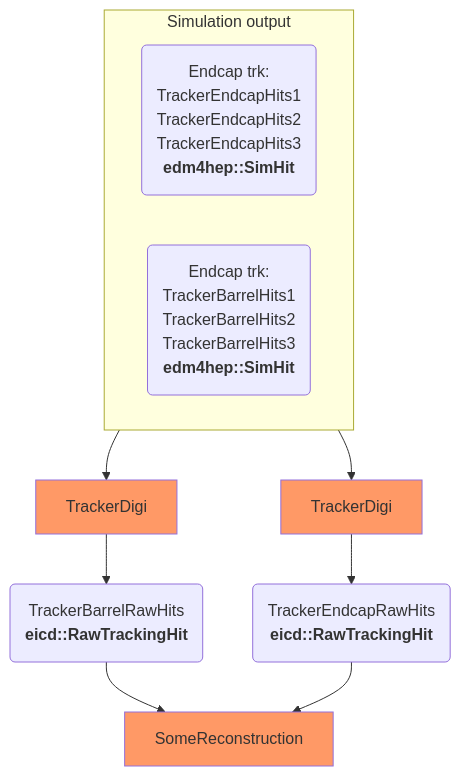
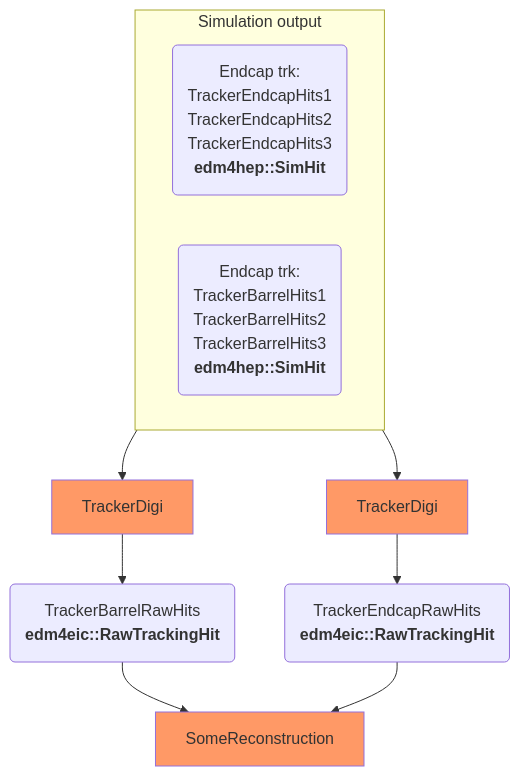
The first of 2 diagrams in src/extensions/jana/README.md (eic/EICrecon), drawn with Mermaid before and after one commit. The commit also changed other lines of this file and 39 other files, not shown here.

Commit message:
treewide: s/EICD/EDM4EIC/, s/eicd/edm4eic/

````diff
--- a/src/extensions/jana/README.md
+++ b/src/extensions/jana/README.md
@@ -4,20 +4,20 @@
 ```mermaid
 flowchart TB
   classDef alg fill:#f96;
   subgraph Simulation output
     direction LR
     tracker_endcap_collections(Endcap trk:<br />TrackerEndcapHits1<br/>TrackerEndcapHits2<br/>TrackerEndcapHits3<br/><strong>edm4hep::SimHit</strong>)
     tracker_barrel_collections(Endcap trk:<br />TrackerBarrelHits1<br/>TrackerBarrelHits2<br/>TrackerBarrelHits3<br/><strong>edm4hep::SimHit</strong>)
   end
   
   tracker_barrel_collections --> TrackerDigi[TrackerDigi]:::alg
-  TrackerDigi --> TrackerBarrelRawHits(TrackerBarrelRawHits<br/><strong>eicd::RawTrackingHit</strong>)
+  TrackerDigi --> TrackerBarrelRawHits(TrackerBarrelRawHits<br/><strong>edm4eic::RawTrackingHit</strong>)
     
   tracker_endcap_collections --> TrackerDigi2[TrackerDigi]:::alg
-  TrackerDigi2 --> TrackerEndcapRawHits(TrackerEndcapRawHits<br/><strong>eicd::RawTrackingHit</strong>)
+  TrackerDigi2 --> TrackerEndcapRawHits(TrackerEndcapRawHits<br/><strong>edm4eic::RawTrackingHit</strong>)
   
   TrackerSourceLinker[SomeReconstruction]:::alg
   
   TrackerBarrelRawHits --> TrackerSourceLinker
   TrackerEndcapRawHits --> TrackerSourceLinker  
 ```
````
